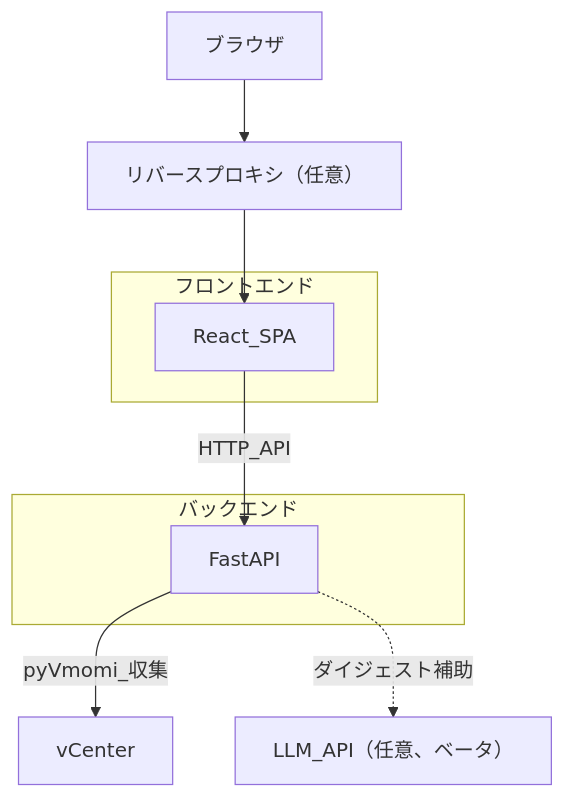
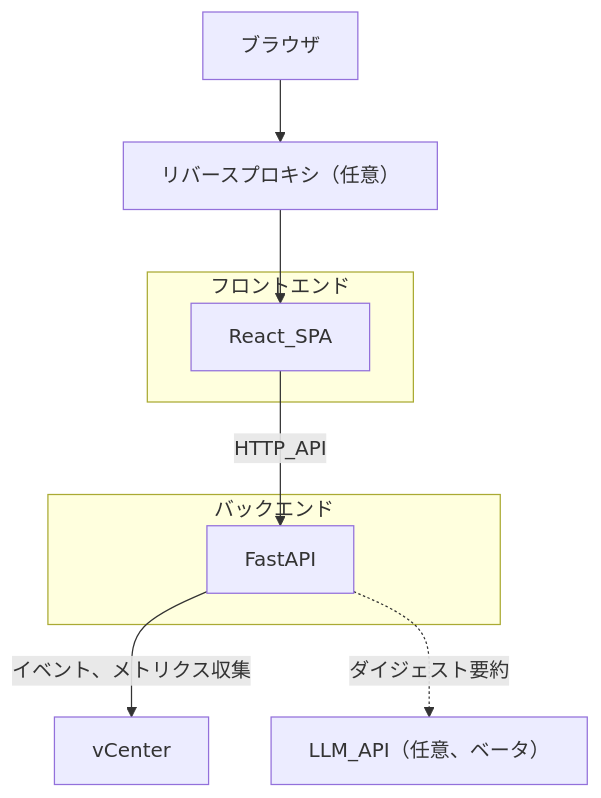
Before and after one commit to t-m0riyama/vcenter-event-assistant: the diagram in README.md, drawn with Mermaid. The commit also changed 1 other file, not shown here.

Commit message:
docs: update architecture diagrams for consistency and clarity
Revised labels in both README.md and architecture.md to enhance clarity, changing "任意" to "（任意）" for the reverse proxy and LLM API sections. Updated backend flow descriptions to reflect "イベント、メトリクス収集" and "ダイジェスト要約" for improved understanding.

````diff
--- a/README.md
+++ b/README.md
@@ -22,19 +22,19 @@
 ```mermaid
 flowchart TB
   Browser[ブラウザ]
   Proxy[リバースプロキシ（任意）]
   subgraph fe [フロントエンド]
     FE[React_SPA]
   end
   subgraph be [バックエンド]
     BE[FastAPI]
   end
   VC[vCenter]
   LLM[LLM_API（任意、ベータ）]
 
   Browser --> Proxy
   Proxy --> FE
   FE -->|HTTP_API| BE
-  BE -->|pyVmomi_収集| VC
-  BE -.->|ダイジェスト補助| LLM
+  BE -->|イベント、メトリクス収集| VC
+  BE -.->|ダイジェスト要約| LLM
 ```
````
